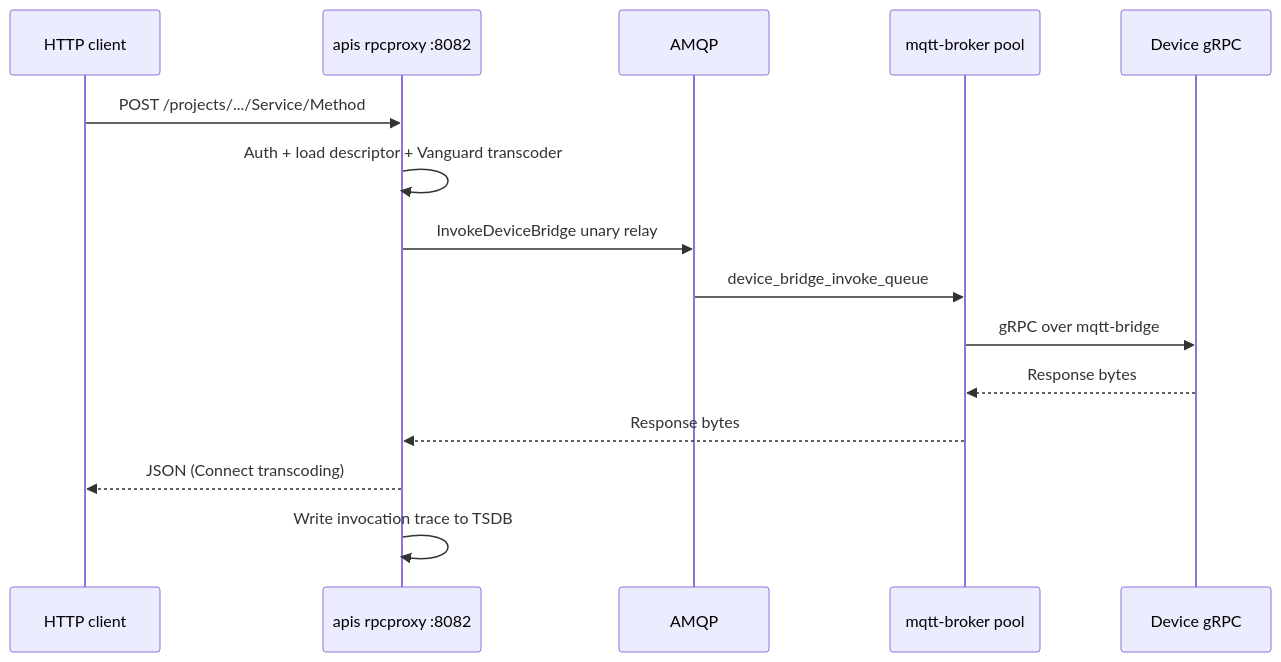
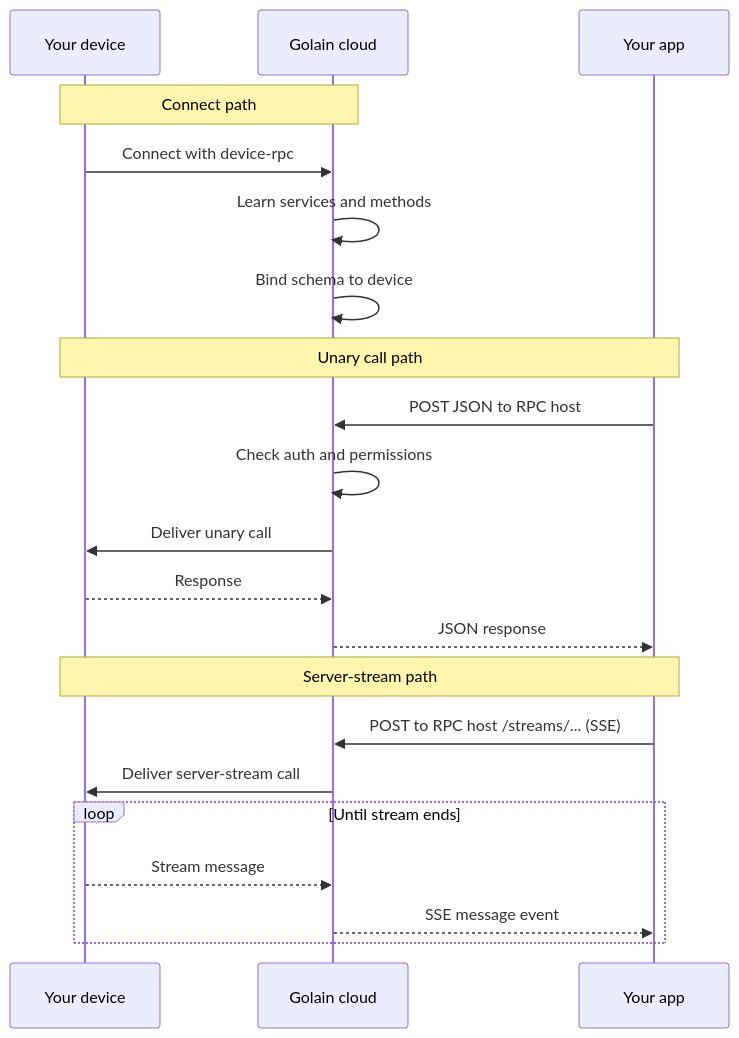
The diagram in edge/device-rpc/how-it-works.mdx (golain-io/docs), drawn with Mermaid before and after one commit. The commit also changed other lines of this file and 10 other files, not shown here.

First line of the commit message:
docs(edge): rename Device RPC and document RPC host plus SSE streams

````diff
--- a/edge/device-rpc/how-it-works.mdx
+++ b/edge/device-rpc/how-it-works.mdx
@@ -70,18 +8,26 @@
 ```mermaid
 sequenceDiagram
-  participant Client as HTTP client
-  participant Proxy as apis rpcproxy :8082
-  participant AMQP as AMQP
-  participant Broker as mqtt-broker pool
-  participant Dev as Device gRPC
+  participant Dev as Your device
+  participant Golain as Golain cloud
+  participant App as Your app
 
-  Client->>Proxy: POST /projects/.../Service/Method
-  Proxy->>Proxy: Auth + load descriptor + Vanguard transcoder
-  Proxy->>AMQP: InvokeDeviceBridge unary relay
-  AMQP->>Broker: device_bridge_invoke_queue
-  Broker->>Dev: gRPC over mqtt-bridge
-  Dev-->>Broker: Response bytes
-  Broker-->>Proxy: Response bytes
-  Proxy-->>Client: JSON (Connect transcoding)
-  Proxy->>Proxy: Write invocation trace to TSDB
+  Note over Dev,Golain: Connect path
+  Dev->>Golain: Connect with device-rpc
+  Golain->>Golain: Learn services and methods
+  Golain->>Golain: Bind schema to device
+
+  Note over App,Dev: Unary call path
+  App->>Golain: POST JSON to RPC host
+  Golain->>Golain: Check auth and permissions
+  Golain->>Dev: Deliver unary call
+  Dev-->>Golain: Response
+  Golain-->>App: JSON response
+
+  Note over App,Dev: Server-stream path
+  App->>Golain: POST to RPC host /streams/... (SSE)
+  Golain->>Dev: Deliver server-stream call
+  loop Until stream ends
+    Dev-->>Golain: Stream message
+    Golain-->>App: SSE message event
+  end
 ```
````
